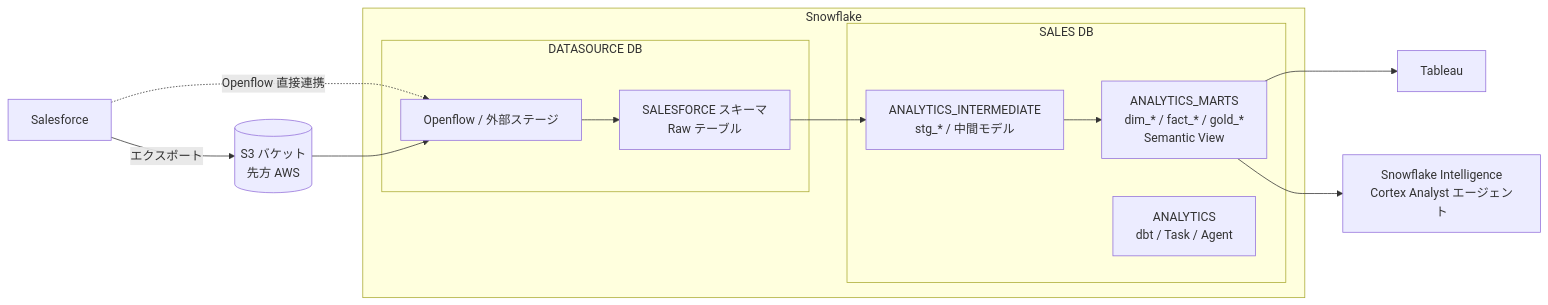
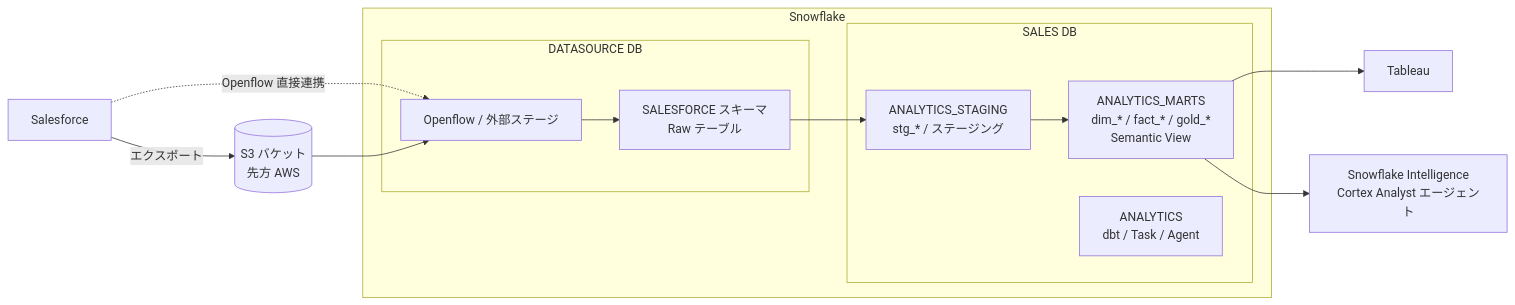
Before and after one commit to Rihito1024/fujitech_Snowflake_PoC: the diagram in README.md, drawn with Mermaid. The commit also changed other lines of this file and 17 other files, not shown here.

````diff
--- a/README.md
+++ b/README.md
@@ -9,20 +9,20 @@
 ```mermaid
 flowchart LR
     SF["Salesforce"] -->|"エクスポート"| S3[("S3 バケット<br/>先方 AWS")]
     SF -.->|"Openflow 直接連携"| OF
 
     subgraph SNOW["Snowflake"]
         subgraph DS["DATASOURCE DB"]
             OF["Openflow / 外部ステージ"] --> RAW["SALESFORCE スキーマ<br/>Raw テーブル"]
         end
         subgraph SALES["SALES DB"]
-            RAW --> STG["ANALYTICS_INTERMEDIATE<br/>stg_* / 中間モデル"]
+            RAW --> STG["ANALYTICS_STAGING<br/>stg_* / ステージング"]
             STG --> MARTS["ANALYTICS_MARTS<br/>dim_* / fact_* / gold_*<br/>Semantic View"]
             ANALYTICS["ANALYTICS<br/>dbt / Task / Agent"]
         end
     end
 
     S3 --> OF
     MARTS --> TAB["Tableau"]
     MARTS --> COWORK["Snowflake Intelligence<br/>Cortex Analyst エージェント"]
 ```
````
